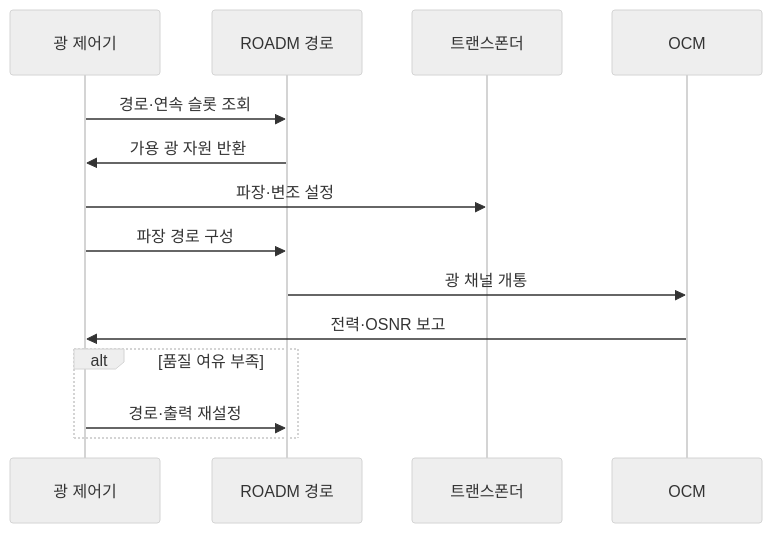
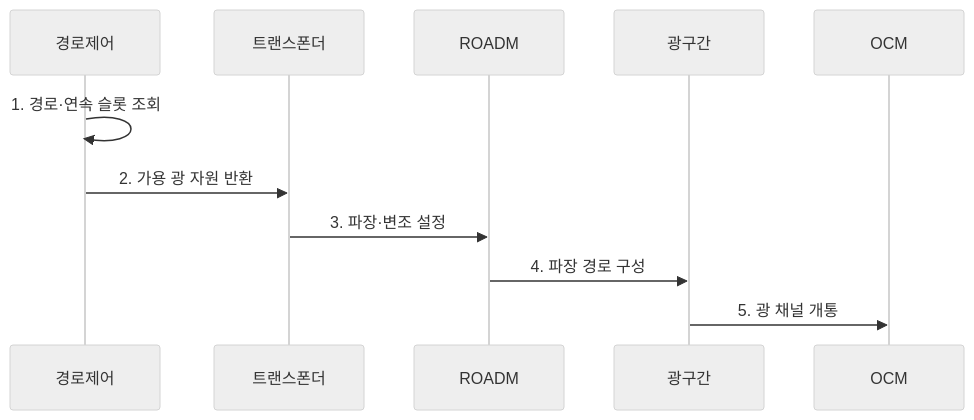
Before and after one commit to agnusdei1207/knowledge-base: the second of 2 diagrams in src/content/docs/notes/04-network/070_wdm_dwdm.md, drawn with Mermaid (neutral theme). The commit also changed other lines of this file and 20 other files, not shown here.

````diff
--- a/src/content/docs/notes/04-network/070_wdm_dwdm.md
+++ b/src/content/docs/notes/04-network/070_wdm_dwdm.md
@@ -91,16 +85,13 @@
 ```mermaid
 sequenceDiagram
-    participant C as 광 제어기
-    participant R as ROADM 경로
-    participant T as 트랜스폰더
-    participant O as OCM
-    C->>R: 경로·연속 슬롯 조회
-    R->>C: 가용 광 자원 반환
-    C->>T: 파장·변조 설정
-    C->>R: 파장 경로 구성
-    R->>O: 광 채널 개통
-    O->>C: 전력·OSNR 보고
-    alt 품질 여유 부족
-        C->>R: 경로·출력 재설정
-    end
+    participant 경로제어
+    participant 트랜스폰더
+    participant ROADM
+    participant 광구간
+    participant OCM
+    경로제어->>경로제어: 1. 경로·연속 슬롯 조회
+    경로제어->>트랜스폰더: 2. 가용 광 자원 반환
+    트랜스폰더->>ROADM: 3. 파장·변조 설정
+    ROADM->>광구간: 4. 파장 경로 구성
+    광구간->>OCM: 5. 광 채널 개통
 ```
````
